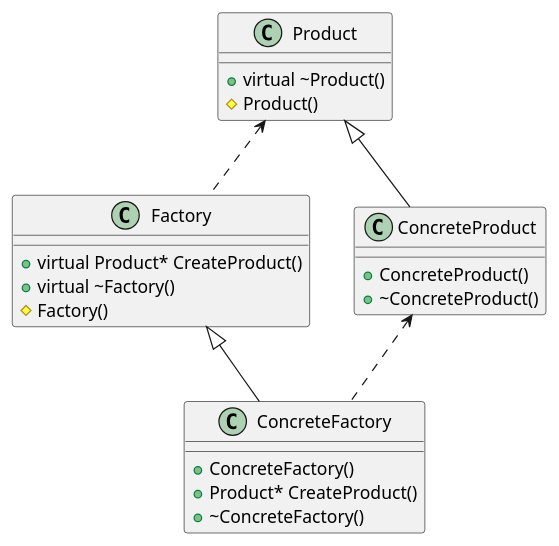
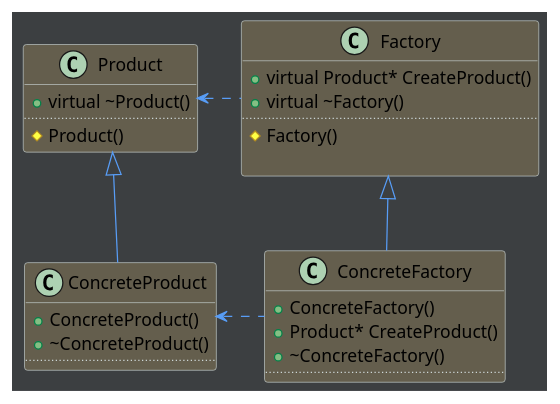
One commit to graycatya/DesignModel changed the diagram in Creational_model/Factory/Factory.pu. Above: the diagram before and after it, drawn with PlantUML.

Commit message:
new Factory uml

```diff
--- a/Creational_model/Factory/Factory.pu
+++ b/Creational_model/Factory/Factory.pu
@@ -1,37 +1,51 @@
 @startuml Factory
+
+skinparam BackGroundColor #3c3f41
+
+
+skinparam class {
+    BorderColor #cbd5d6
+    ArrowColor #589df6
+    BackGroundColor #645e4d
+}
 
 class Product{
     + virtual ~Product()
+    ..
     # Product()
 }
 
 class ConcreteProduct{
     + ConcreteProduct()
     + ~ConcreteProduct()
+    ..
 }
 
 
 
 class Factory{
     + virtual Product* CreateProduct()
     + virtual ~Factory()
+    ..
     # Factory()
+    
 }
 
 class ConcreteFactory{
     + ConcreteFactory()
     + Product* CreateProduct()
     + ~ConcreteFactory()
+    ..
 }
 
-ConcreteFactory .up.> ConcreteProduct
+ConcreteFactory .left.> ConcreteProduct
 ConcreteProduct -up-|> Product
 Factory .left.> Product
 ConcreteFactory -up-|> Factory
 
 '排版'
 
 'ConcreteFactory -up-> Product
 'ConcreteProduct -up-> Product
 
 @enduml
```
